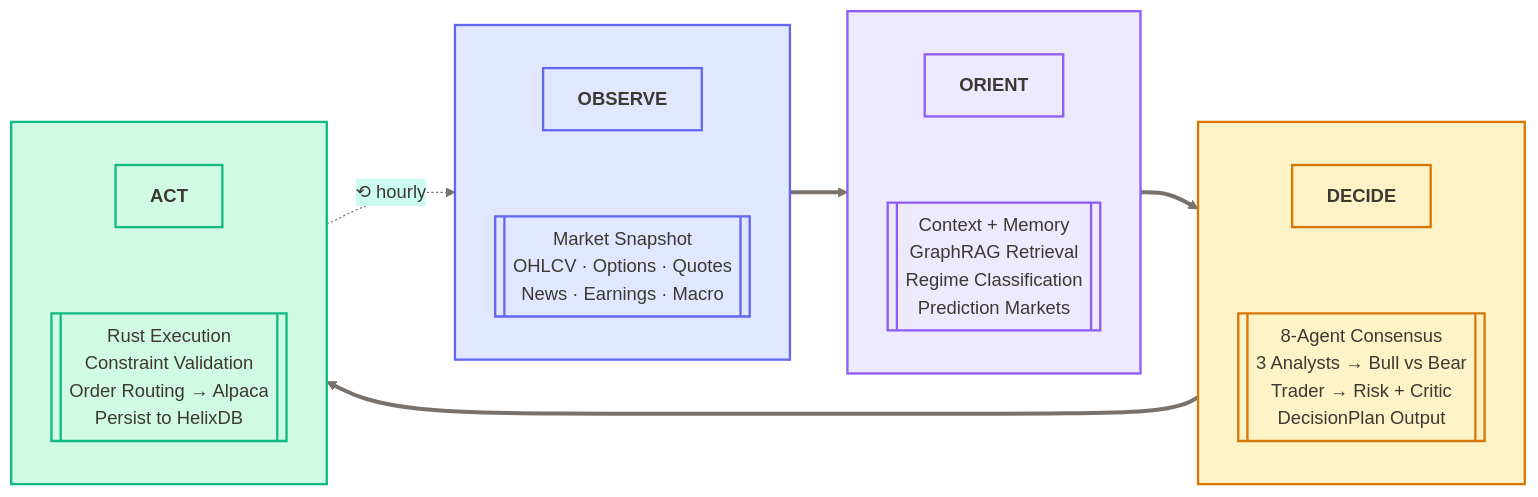
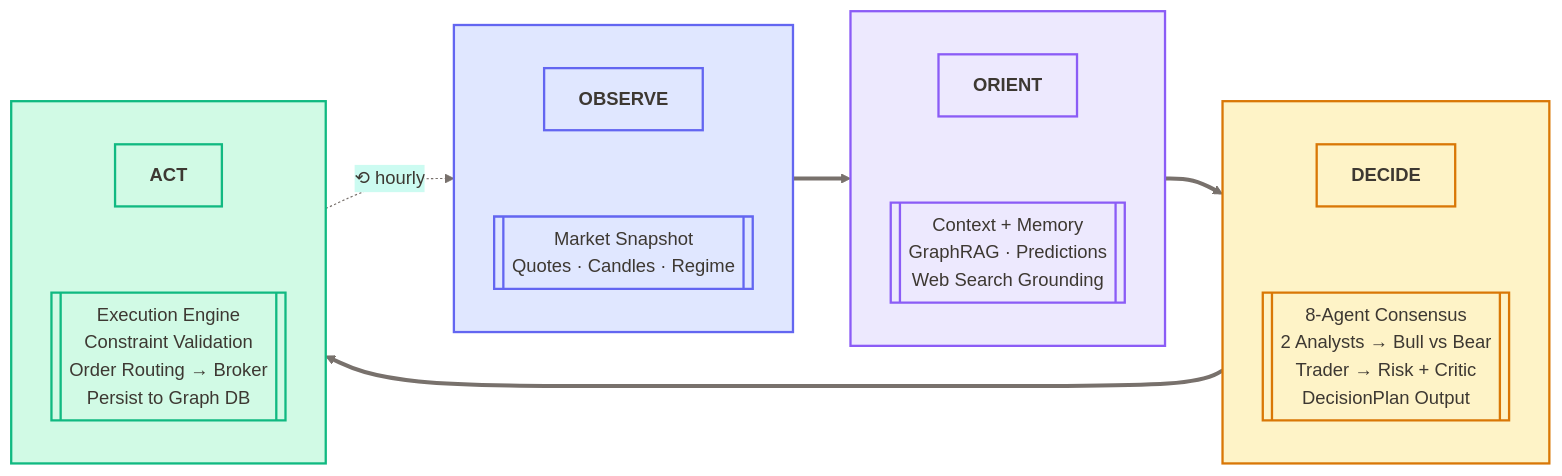
One commit to ccheney/cream changed the diagram in README.md. Above: the diagram before and after it, drawn with Mermaid.

Commit message:
docs(readme): update OODA diagram for accuracy and remove vendor names
- Simplify OBSERVE to show actual inputs: Quotes, Candles, Regime
- Add Web Search Grounding to ORIENT phase
- Fix analyst count from 3 to 2
- Replace vendor names with generic terms (Broker, Graph DB, Execution Engine)

````diff
--- a/README.md
+++ b/README.md
@@ -9,56 +9,54 @@
 ```mermaid
 %%{init: {'theme': 'base', 'themeVariables': { 'primaryColor': '#FEF3C7', 'primaryTextColor': '#3D3832', 'primaryBorderColor': '#D97706', 'lineColor': '#78716C', 'secondaryColor': '#CCFBF1', 'tertiaryColor': '#FBF8F3'}}}%%
 flowchart LR
     subgraph O1[" "]
         direction TB
         O1T["`**OBSERVE**`"]
         O1C[["`Market Snapshot
-OHLCV · Options · Quotes
-News · Earnings · Macro`"]]
+Quotes · Candles · Regime`"]]
         O1T ~~~ O1C
     end
 
     subgraph O2[" "]
         direction TB
         O2T["`**ORIENT**`"]
         O2C[["`Context + Memory
-GraphRAG Retrieval
-Regime Classification
-Prediction Markets`"]]
+GraphRAG · Predictions
+Web Search Grounding`"]]
         O2T ~~~ O2C
     end
 
     subgraph D[" "]
         direction TB
         DT["`**DECIDE**`"]
         DC[["`8-Agent Consensus
-3 Analysts → Bull vs Bear
+2 Analysts → Bull vs Bear
 Trader → Risk + Critic
 DecisionPlan Output`"]]
         DT ~~~ DC
     end
 
     subgraph A[" "]
         direction TB
         AT["`**ACT**`"]
-        AC[["`Rust Execution
+        AC[["`Execution Engine
 Constraint Validation
-Order Routing → Alpaca
-Persist to HelixDB`"]]
+Order Routing → Broker
+Persist to Graph DB`"]]
         AT ~~~ AC
     end
 
     O1 ==> O2 ==> D ==> A
     A -.->|⟲ hourly| O1
 
     classDef observe fill:#E0E7FF,stroke:#6366F1,stroke-width:2px,color:#3D3832
     classDef orient fill:#EDE9FE,stroke:#8B5CF6,stroke-width:2px,color:#3D3832
     classDef decide fill:#FEF3C7,stroke:#D97706,stroke-width:2px,color:#3D3832
     classDef act fill:#D1FAE5,stroke:#10B981,stroke-width:2px,color:#3D3832
     classDef title fill:none,stroke:none,color:#3D3832,font-weight:bold
 
     class O1,O1T,O1C observe
     class O2,O2T,O2C orient
     class D,DT,DC decide
     class A,AT,AC act
 ```
````
